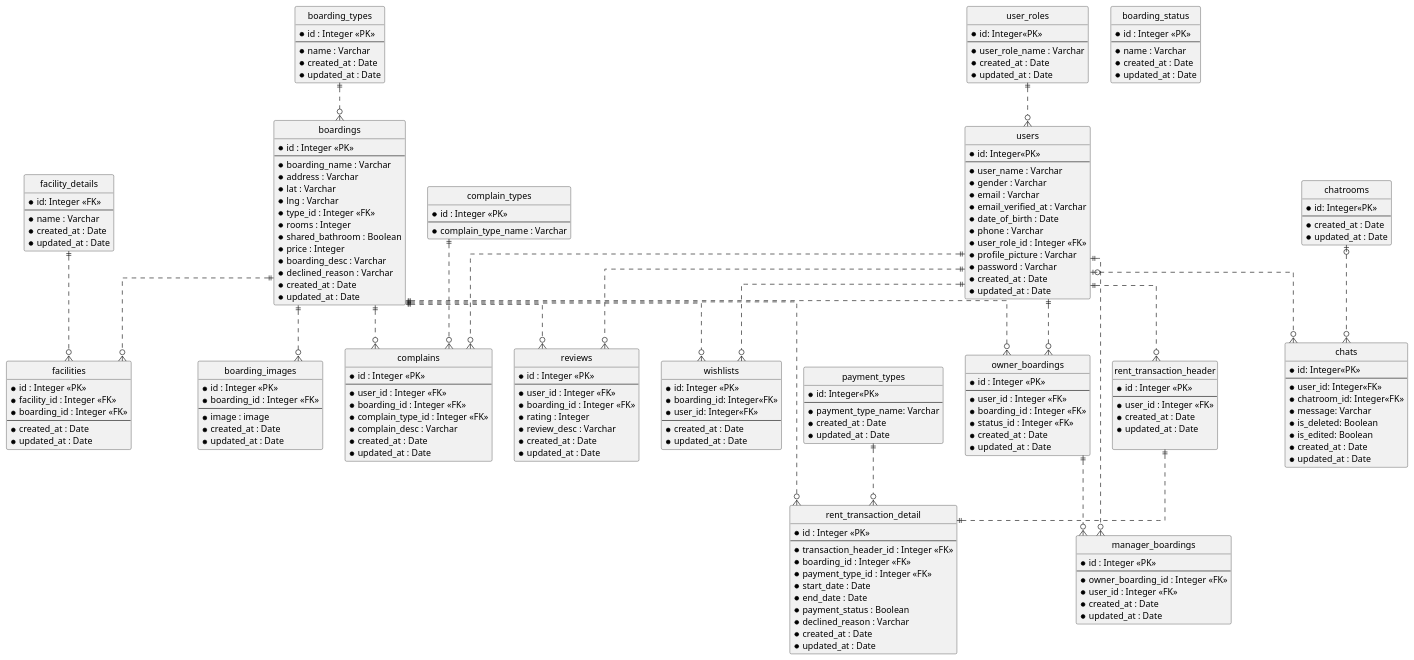
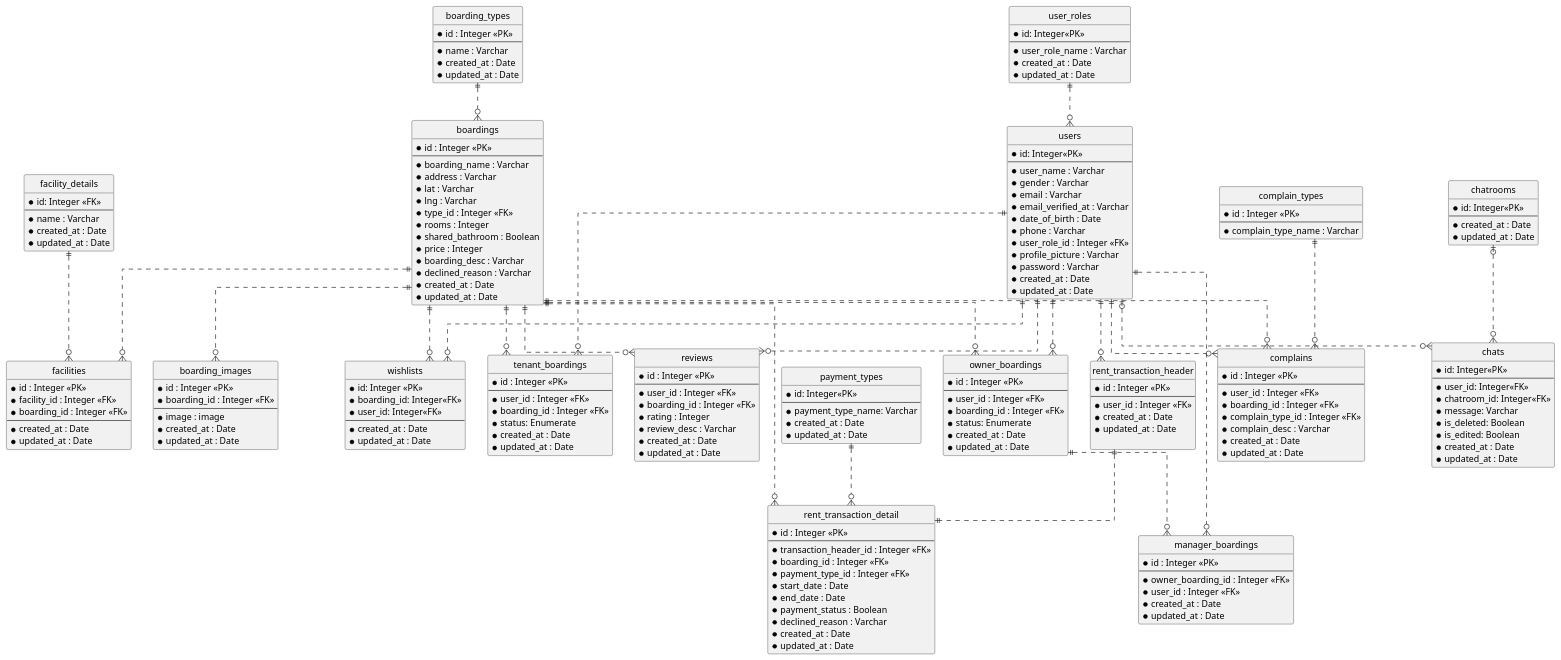
Before and after one commit to AntWort21/BHFMS: the diagram in Design/BHFMS_ERD.puml, drawn with PlantUML. The commit also changed 4 other files, not shown here.

```diff
--- a/Design/BHFMS_ERD.puml
+++ b/Design/BHFMS_ERD.puml
@@ -104,21 +104,30 @@
   *updated_at : Date
 }
 
-entity "boarding_status" as bhst{
-    *id : Integer <<PK>>
-    --
-    *name : Varchar
-    *created_at : Date
-    *updated_at : Date
+' entity "boarding_status" as bhst{
+'     *id : Integer <<PK>>
+'     --
+'     *name : Varchar
+'     *created_at : Date
+'     *updated_at : Date
+' }
+
+entity "tenant_boardings" as tenbh {
+  *id : Integer <<PK>>
+  --
+  *user_id : Integer <<FK>>
+  *boarding_id : Integer <<FK>>
+  *status: Enumerate
+  *created_at : Date
+  *updated_at : Date
 }
-
 
 entity "owner_boardings" as lobh {
   *id : Integer <<PK>>
   --
   *user_id : Integer <<FK>>
   *boarding_id : Integer <<FK>>
-  *status_id : Integer <<FK>>
+  *status: Enumerate
   *created_at : Date
   *updated_at : Date
 }
@@ -210,6 +219,9 @@
 usr ||..o{ lobh
 bh ||..o{ lobh
 
+usr ||..o{ tenbh
+bh ||..o{ tenbh
+
 usr ||..o{ mabh
 lobh ||..o{ mabh
 
```
